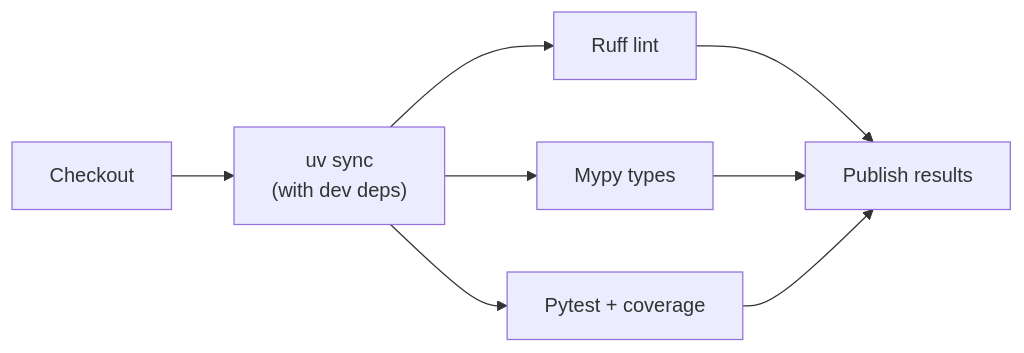
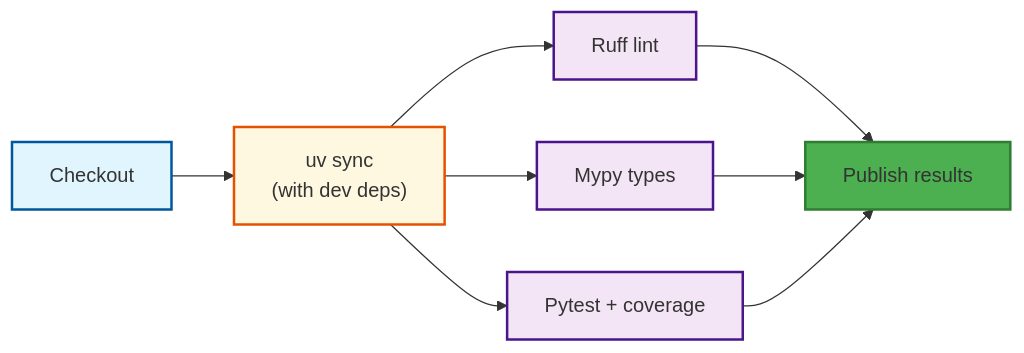
The ninth of 9 diagrams in README.md (victorvos/devops_agent), drawn with Mermaid before and after one commit. The commit also changed other lines of this file and 8 other files, not shown here.

First line of the commit message:
Apply team coding standards: Mermaid palette, test structure, workflow guidelines

````diff
--- a/README.md
+++ b/README.md
@@ -494,10 +534,18 @@
 ```mermaid
 graph LR
     A[Checkout] --> B["uv sync<br/>(with dev deps)"]
     B --> C[Ruff lint]
     B --> D[Mypy types]
     B --> E[Pytest + coverage]
     C --> F[Publish results]
     D --> F
     E --> F
+
+    %% Styling
+    style A fill:#e1f5fe,stroke:#01579b,stroke-width:2px,color:#black
+    style B fill:#fff8e1,stroke:#e65100,stroke-width:2px,color:#black
+    style C fill:#f3e5f5,stroke:#4a148c,stroke-width:2px,color:#black
+    style D fill:#f3e5f5,stroke:#4a148c,stroke-width:2px,color:#black
+    style E fill:#f3e5f5,stroke:#4a148c,stroke-width:2px,color:#black
+    style F fill:#4caf50,stroke:#2e7d32,stroke-width:2px,color:#white
 ```
````
